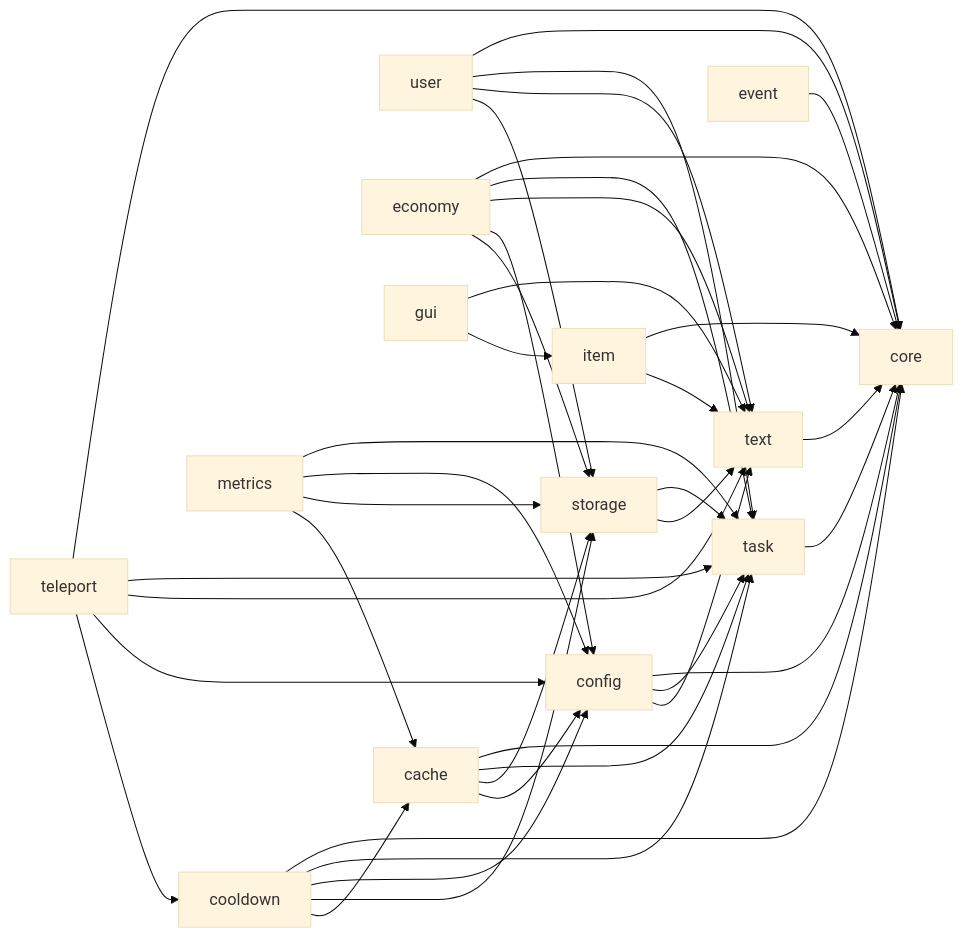
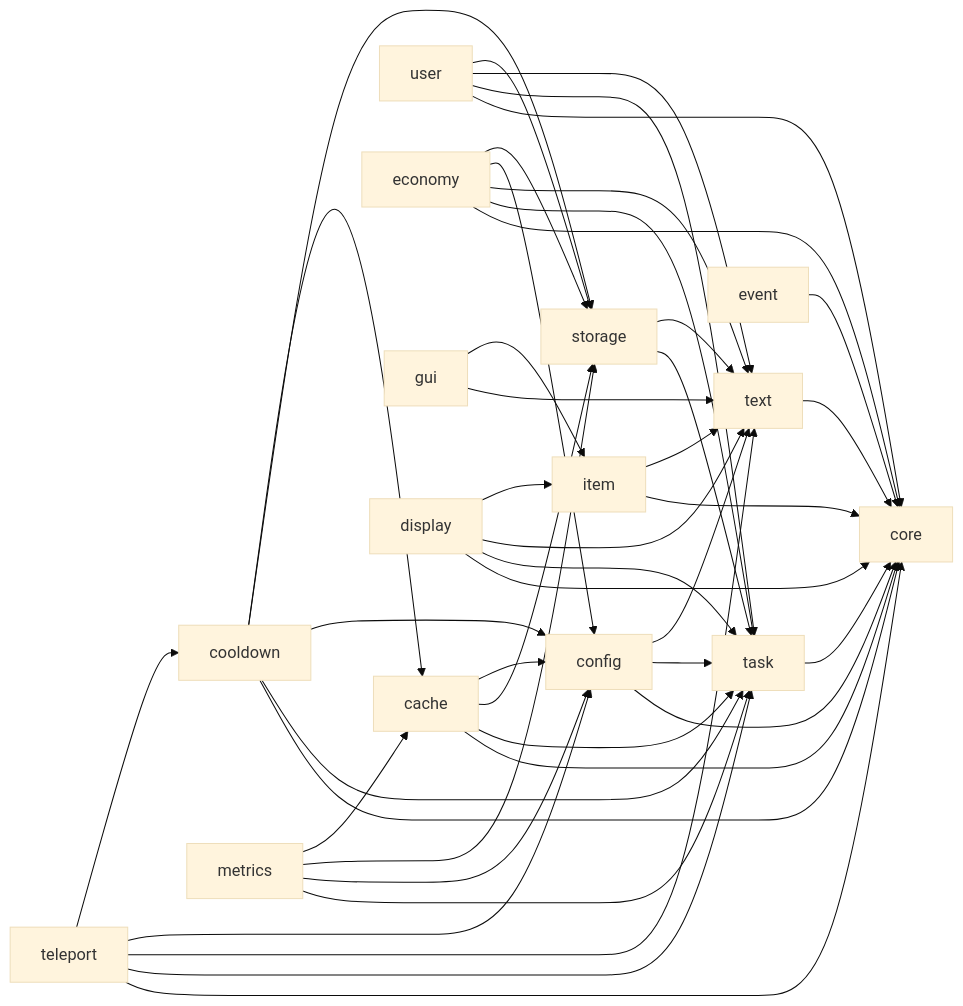
One commit to HanielCota/Cotani changed the first of 2 diagrams in docs/architecture.md. Above: the diagram before and after it, drawn with Mermaid (base theme). The commit also changed other lines of this file and 30 other files, not shown here.

````diff
--- a/docs/architecture.md
+++ b/docs/architecture.md
@@ -9,57 +9,62 @@
 ```mermaid
 flowchart LR
     core["core"]
     task["task"]
     text["text"]
     item["item"]
     config["config"]
     storage["storage"]
     cache["cache"]
     user["user"]
     economy["economy"]
     cooldown["cooldown"]
     teleport["teleport"]
     event["event"]
     gui["gui"]
+    display["display"]
     metrics["metrics"]
 
     task --> core
     text --> core
     item --> core
     item --> text
     config --> core
     config --> task
     config --> text
     storage --> task
     storage --> text
     cache --> core
     cache --> task
     cache --> storage
     cache --> config
     user --> core
     user --> task
     user --> text
     user --> storage
     economy --> core
     economy --> task
     economy --> text
     economy --> config
     economy --> storage
     cooldown --> core
     cooldown --> task
     cooldown --> config
     cooldown --> storage
     cooldown --> cache
     teleport --> core
     teleport --> task
     teleport --> text
     teleport --> config
     teleport --> cooldown
     event --> core
     gui --> text
     gui --> item
+    display --> core
+    display --> task
+    display --> text
+    display --> item
     metrics --> task
     metrics --> config
     metrics --> storage
     metrics --> cache
 ```
````
